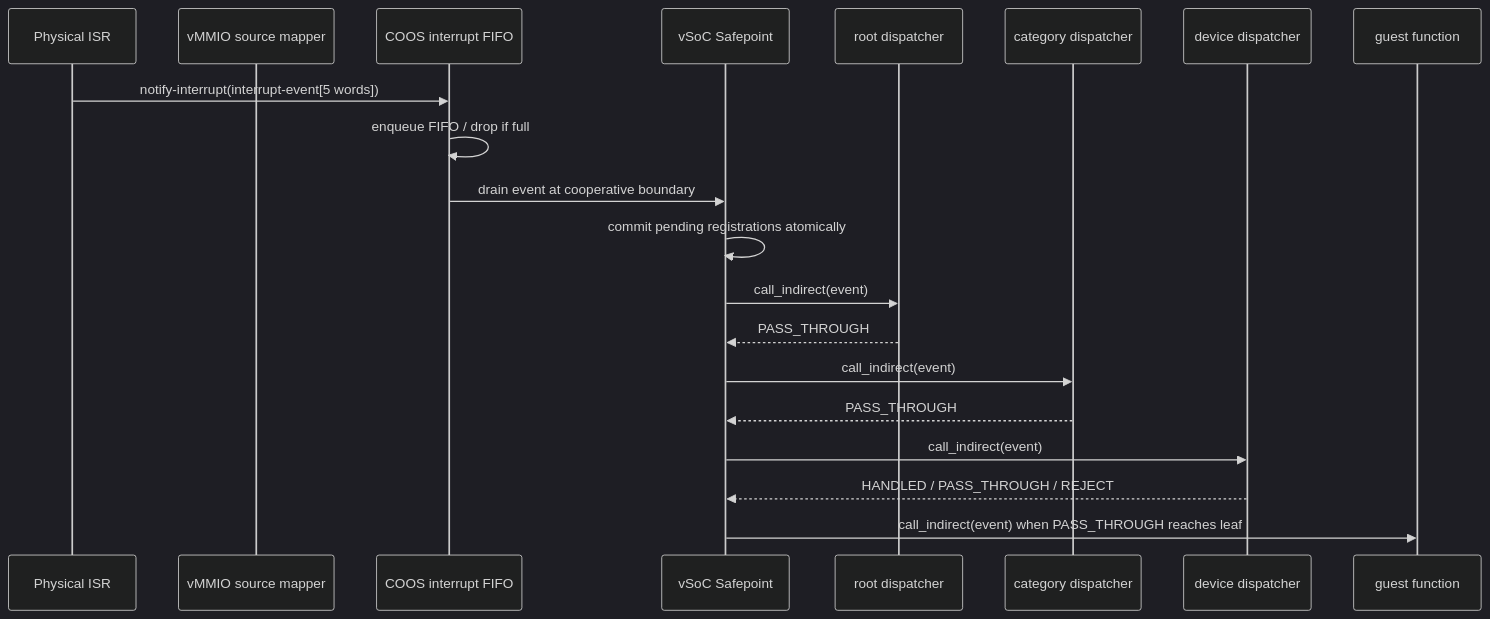
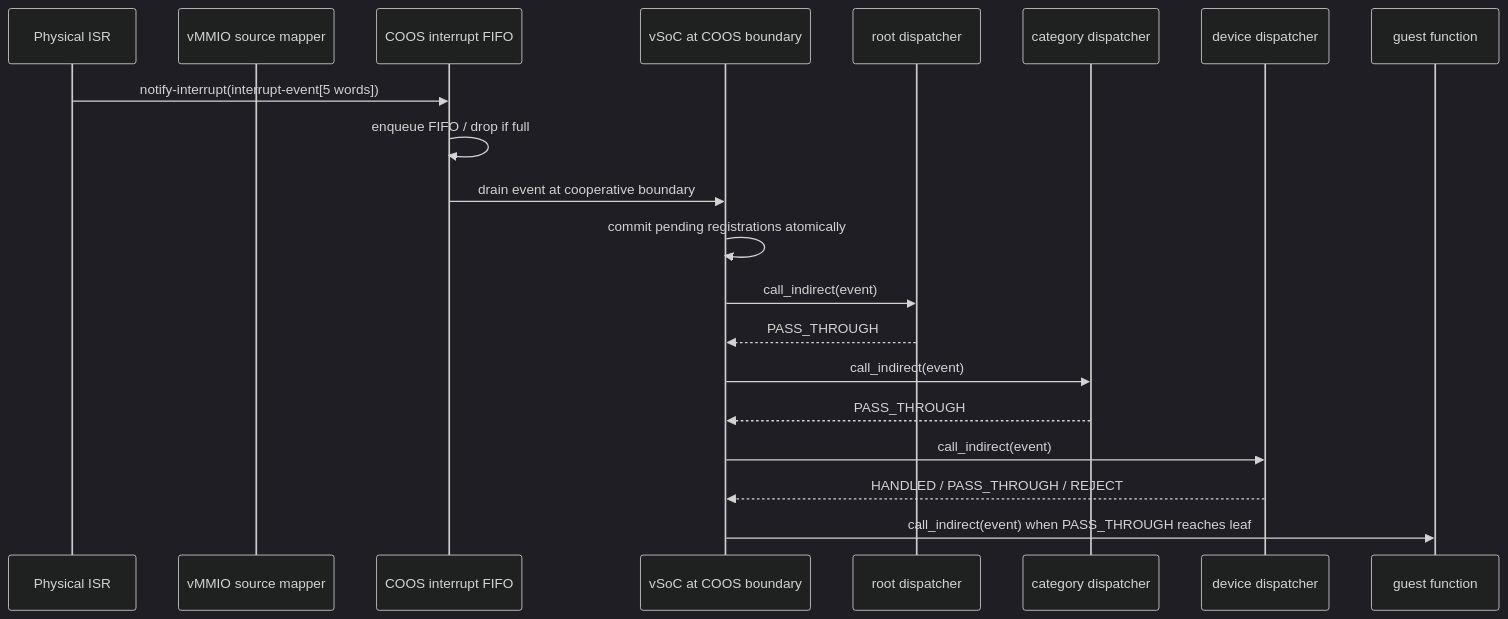
The seventh of 7 diagrams in docs/components/tier2_runtime/runtime_vmmio.md (kmt-t/fireball), drawn with Mermaid (dark theme) before and after one commit. The commit also changed other lines of this file and 205 other files, not shown here.

````diff
--- a/docs/components/tier2_runtime/runtime_vmmio.md
+++ b/docs/components/tier2_runtime/runtime_vmmio.md
@@ -457,23 +457,23 @@
 ```mermaid
 sequenceDiagram
     participant ISR as Physical ISR
     participant VMMIO as vMMIO source mapper
     participant COOS as COOS interrupt FIFO
-    participant VSOC as vSoC Safepoint
+    participant VSOC as vSoC at COOS boundary
     participant Root as root dispatcher
     participant Class as category dispatcher
     participant Device as device dispatcher
     participant Guest as guest function
 
     ISR->>COOS: notify-interrupt(interrupt-event[5 words])
     COOS->>COOS: enqueue FIFO / drop if full
     COOS->>VSOC: drain event at cooperative boundary
     VSOC->>VSOC: commit pending registrations atomically
     VSOC->>Root: call_indirect(event)
     Root-->>VSOC: PASS_THROUGH
     VSOC->>Class: call_indirect(event)
     Class-->>VSOC: PASS_THROUGH
     VSOC->>Device: call_indirect(event)
     Device-->>VSOC: HANDLED / PASS_THROUGH / REJECT
     VSOC->>Guest: call_indirect(event) when PASS_THROUGH reaches leaf
 ```
````
